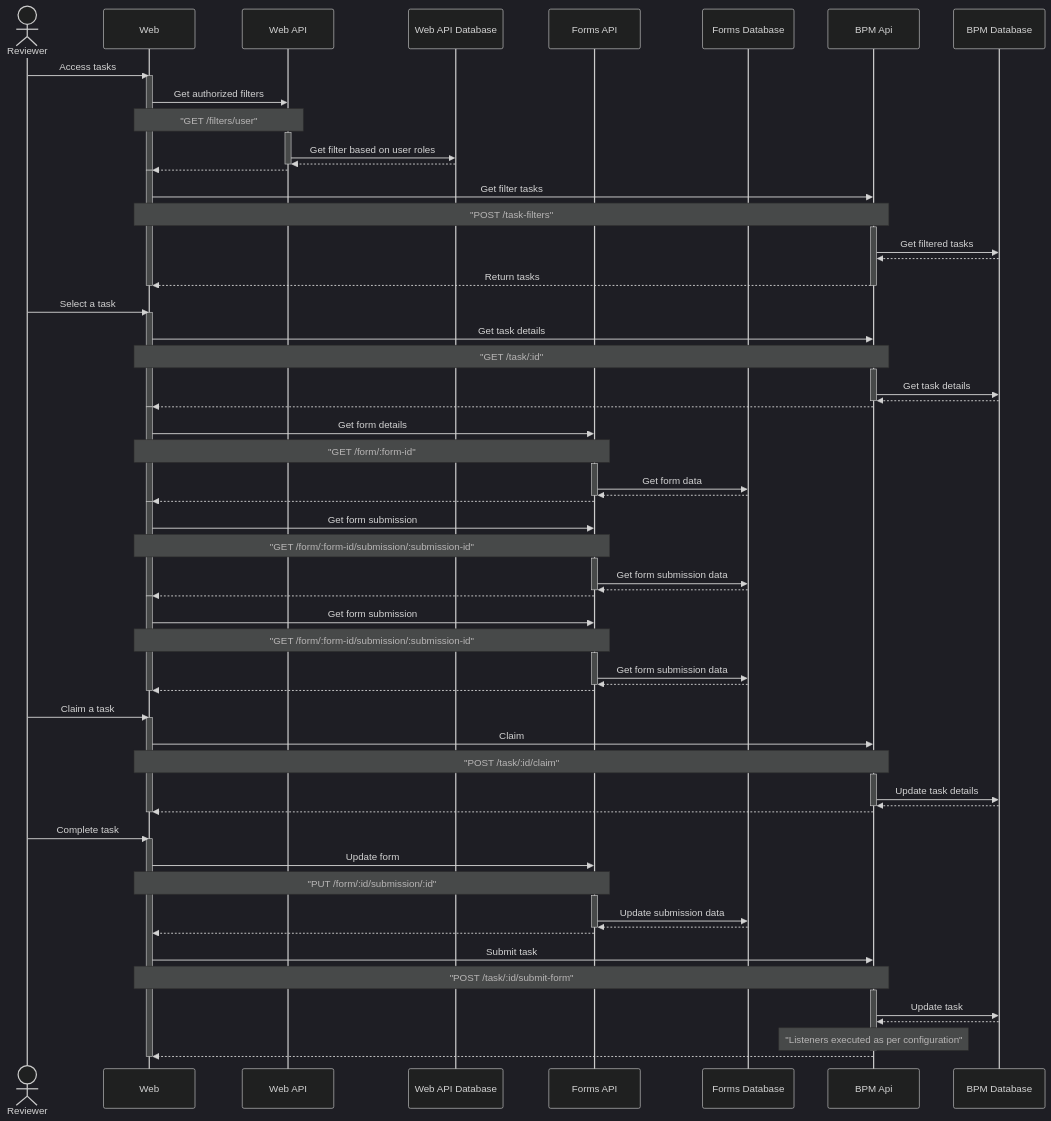
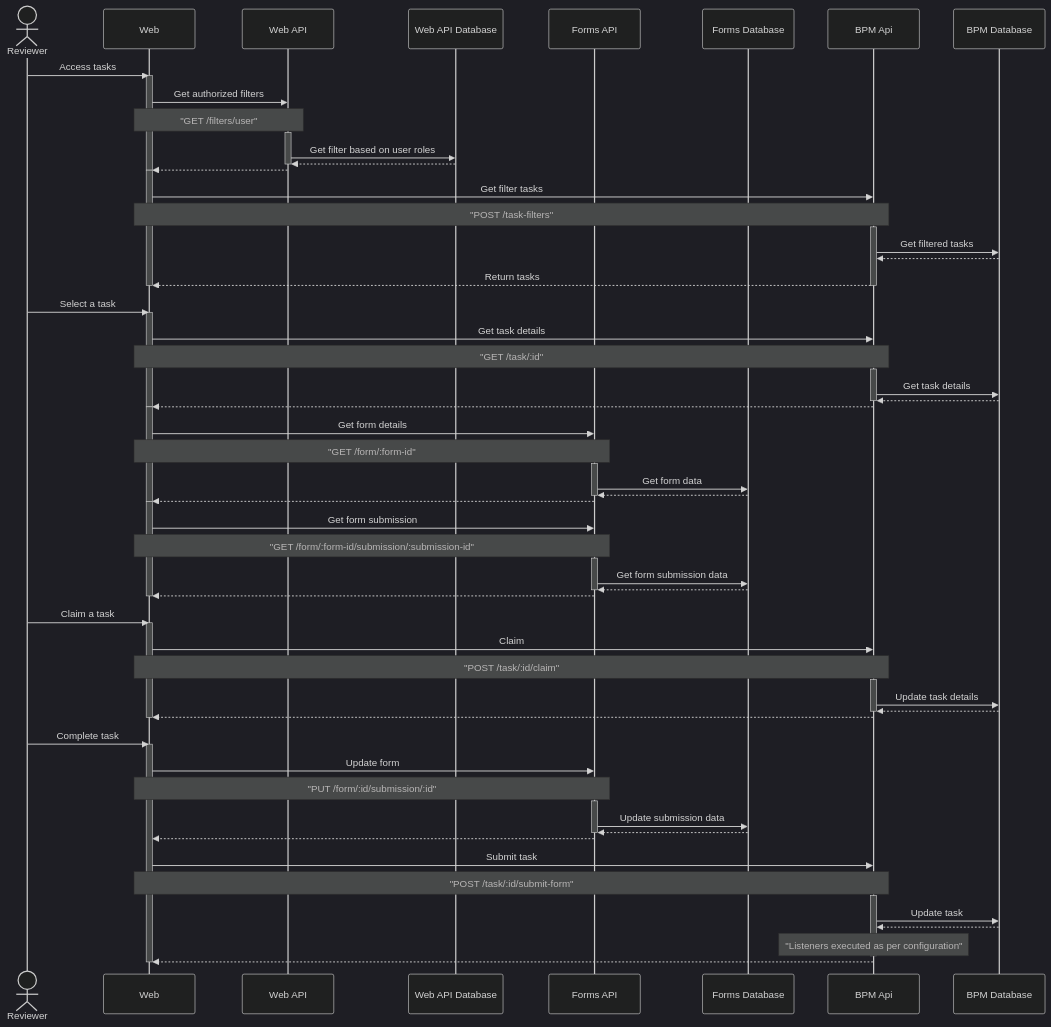
Before and after one commit to AOT-Technologies/forms-flow-ai: the diagram in docs/sequence-diagrams/reviewer-flow.md, drawn with Mermaid (dark theme). The commit also changed 1 other file, not shown here.

Commit message:
[refactor] Enhance sequence diagram for designer  to include update and publish actions

```diff
--- a/docs/sequence-diagrams/reviewer-flow.md
+++ b/docs/sequence-diagrams/reviewer-flow.md
@@ -65,16 +65,6 @@
     forms-api -->> web: 
     deactivate web
 
-    activate web
-    web ->> forms-api: Get form submission
-    Note over web,forms-api: "GET /form/:form-id/submission/:submission-id"
-    activate forms-api
-    forms-api ->> forms-db: Get form submission data
-    forms-db -->> forms-api: 
-    deactivate forms-api
-    forms-api -->> web: 
-    deactivate web
-
     Reviewer ->> web: Claim a task
     activate web
     web ->> bpm-api: Claim
```
